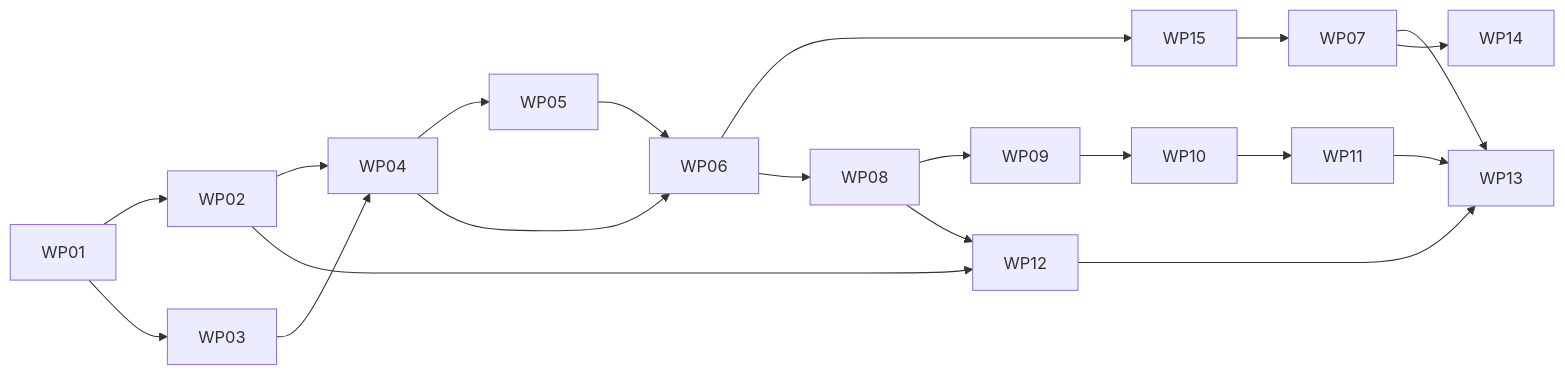
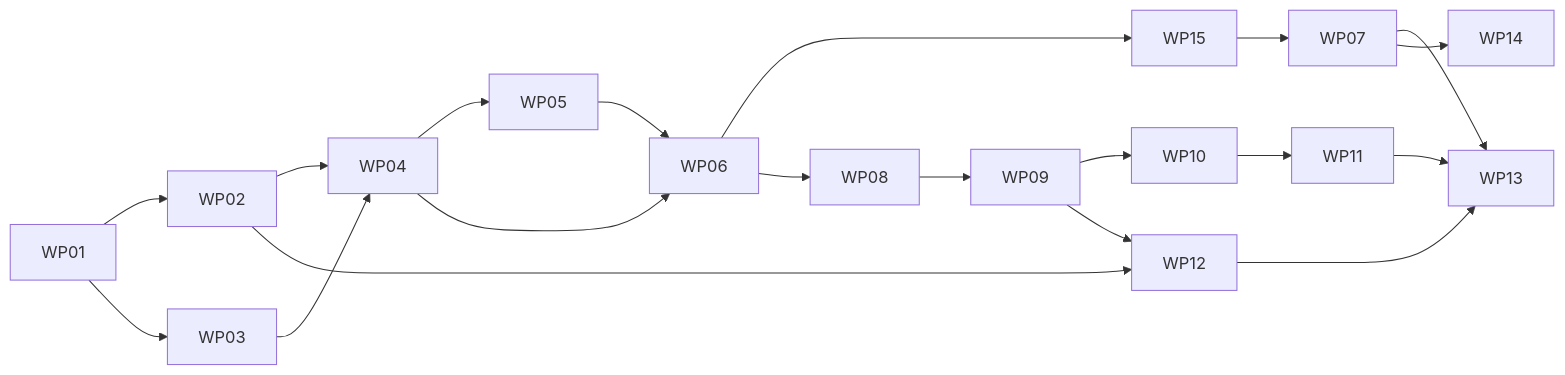
The diagram in docs/plans/README.md (maxvandenhoven/imposter), drawn with Mermaid before and after one commit. The commit also changed other lines of this file and 5 other files, not shown here.

````diff
--- a/docs/plans/README.md
+++ b/docs/plans/README.md
@@ -197,12 +199,12 @@
 ```mermaid
 flowchart LR
   WP01 --> WP02 & WP03
   WP02 & WP03 --> WP04 --> WP05
   WP04 & WP05 --> WP06
   WP06 --> WP15 & WP08
   WP15 --> WP07
   WP08 --> WP09 --> WP10 --> WP11
-  WP02 & WP08 --> WP12
+  WP02 & WP09 --> WP12
   WP07 & WP11 & WP12 --> WP13
   WP07 --> WP14
 ```
````
